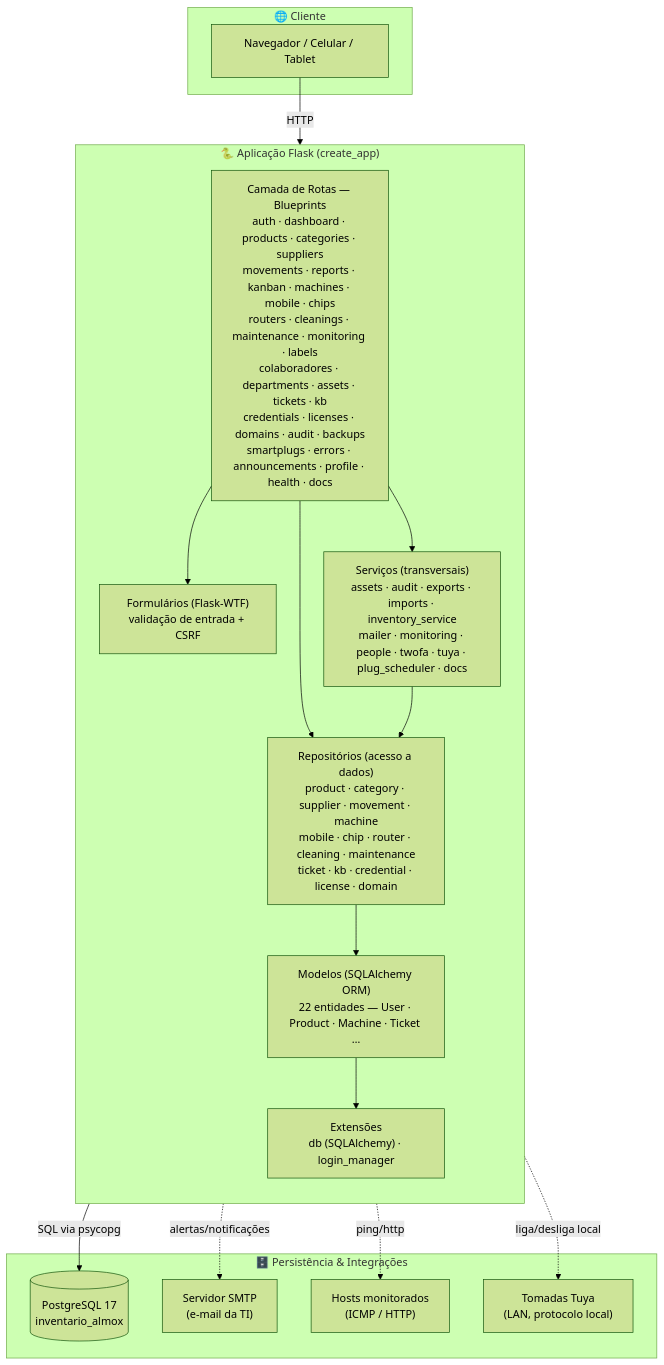
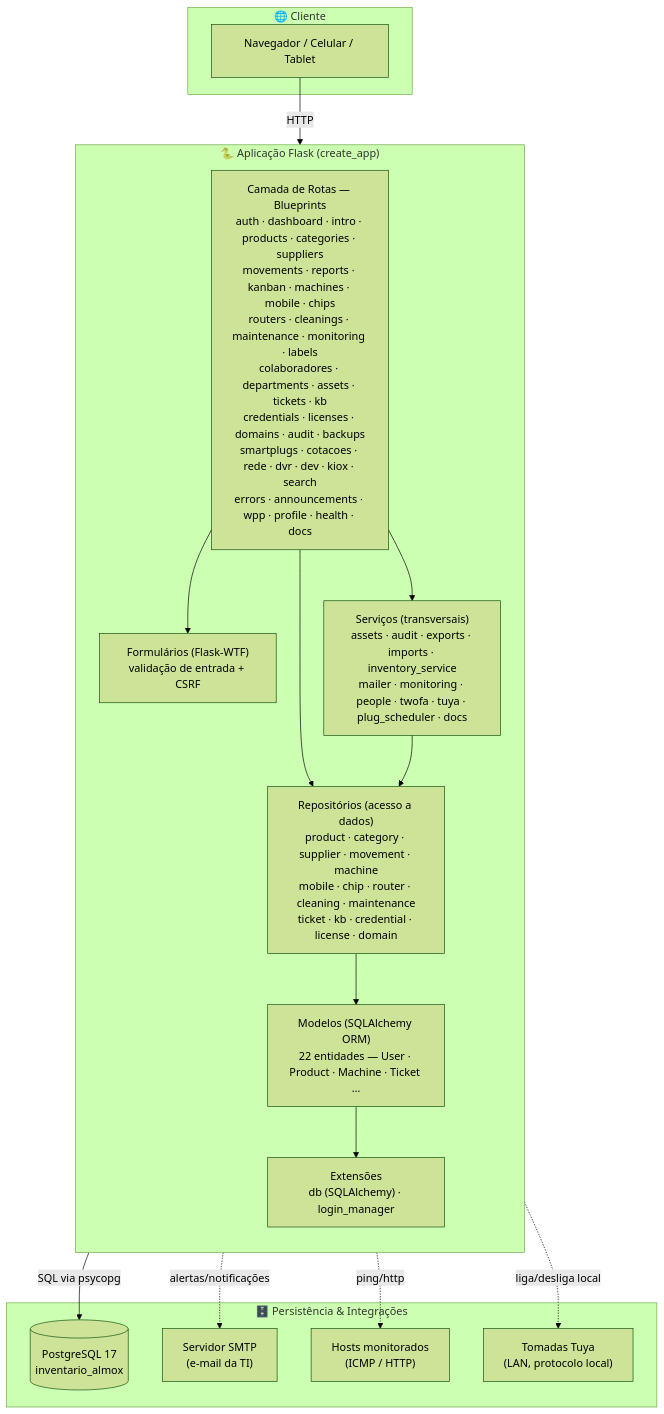
The second of 26 diagrams in docs/DOCUMENTACAO.md (nerdGG094/InvenSync), drawn with Mermaid (forest theme) before and after one commit. The commit also changed other lines of this file and 2 other files, not shown here.

````diff
--- a/docs/DOCUMENTACAO.md
+++ b/docs/DOCUMENTACAO.md
@@ -105,35 +125,35 @@
 ```mermaid
 flowchart TB
     subgraph CLIENT["🌐 Cliente"]
         BROWSER["Navegador / Celular / Tablet"]
     end
 
     subgraph APP["🐍 Aplicação Flask (create_app)"]
         direction TB
-        ROUTES["Camada de Rotas — Blueprints<br/>auth · dashboard · products · categories · suppliers<br/>movements · reports · kanban · machines · mobile · chips<br/>routers · cleanings · maintenance · monitoring · labels<br/>colaboradores · departments · assets · tickets · kb<br/>credentials · licenses · domains · audit · backups<br/>smartplugs · errors · announcements · profile · health · docs"]
+        ROUTES["Camada de Rotas — Blueprints<br/>auth · dashboard · intro · products · categories · suppliers<br/>movements · reports · kanban · machines · mobile · chips<br/>routers · cleanings · maintenance · monitoring · labels<br/>colaboradores · departments · assets · tickets · kb<br/>credentials · licenses · domains · audit · backups<br/>smartplugs · cotacoes · rede · dvr · dev · kiox · search<br/>errors · announcements · wpp · profile · health · docs"]
         FORMS["Formulários (Flask-WTF)<br/>validação de entrada + CSRF"]
         SERVICES["Serviços (transversais)<br/>assets · audit · exports · imports · inventory_service<br/>mailer · monitoring · people · twofa · tuya · plug_scheduler · docs"]
         REPOS["Repositórios (acesso a dados)<br/>product · category · supplier · movement · machine<br/>mobile · chip · router · cleaning · maintenance<br/>ticket · kb · credential · license · domain"]
         MODELS["Modelos (SQLAlchemy ORM)<br/>22 entidades — User · Product · Machine · Ticket …"]
         EXT["Extensões<br/>db (SQLAlchemy) · login_manager"]
     end
 
     subgraph DATA["🗄️ Persistência & Integrações"]
         PG[("PostgreSQL 17<br/>inventario_almox")]
         SMTP["Servidor SMTP<br/>(e-mail da TI)"]
         NET["Hosts monitorados<br/>(ICMP / HTTP)"]
         PLUGS["Tomadas Tuya<br/>(LAN, protocolo local)"]
     end
 
     BROWSER -->|HTTP| ROUTES
     ROUTES --> FORMS
     ROUTES --> SERVICES
     ROUTES --> REPOS
     SERVICES --> REPOS
     REPOS --> MODELS
     MODELS --> EXT
     EXT -->|SQL via psycopg| PG
     SERVICES -.->|alertas/notificações| SMTP
     SERVICES -.->|ping/http| NET
     SERVICES -.->|liga/desliga local| PLUGS
 ```
````
